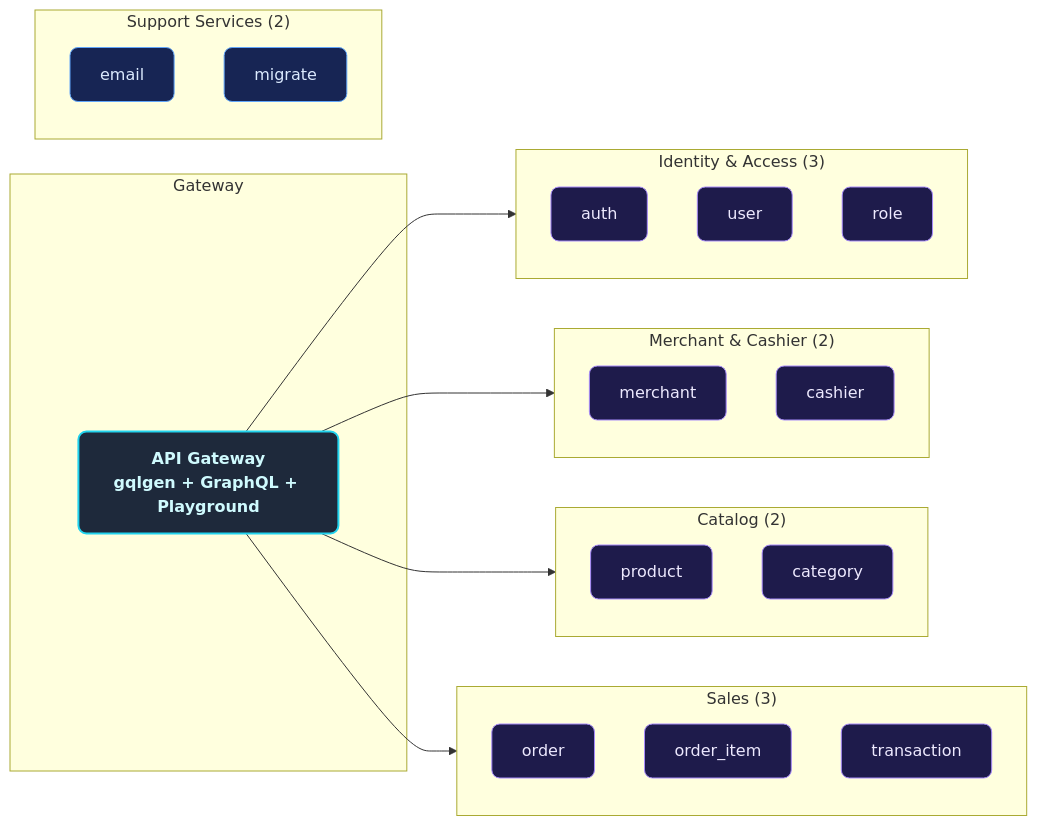
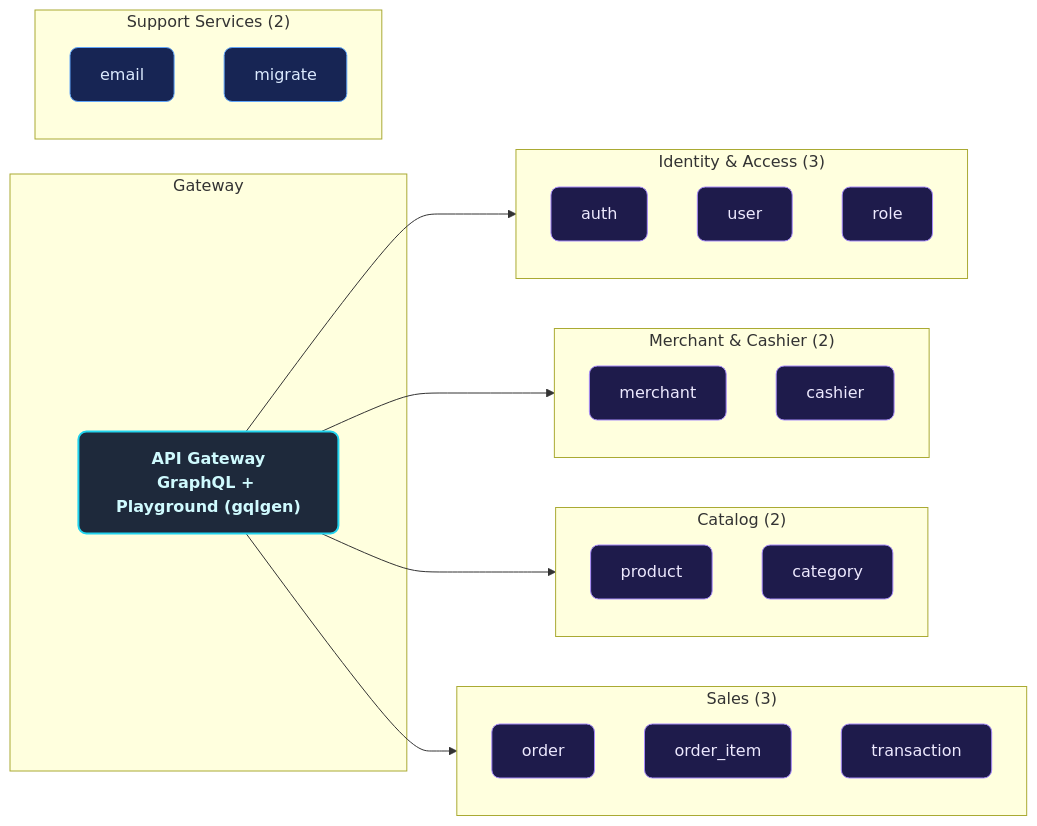
Before and after one commit to MamangRust/monolith-graphql-pointofsale-grpc: the second of 9 diagrams in README.md, drawn with Mermaid. The commit also changed other lines of this file and 1484 other files, not shown here.

````diff
--- a/README.md
+++ b/README.md
@@ -137,42 +136,42 @@
 ```mermaid
 graph LR
     classDef svc fill:#1e1b4b,stroke:#a78bfa,color:#ede9fe,stroke-width:1px,rx:8
     classDef gw fill:#1e293b,stroke:#22d3ee,color:#cffafe,stroke-width:2px,rx:8,font-weight:bold
     classDef support fill:#172554,stroke:#60a5fa,color:#dbeafe,stroke-width:1px,rx:8
 
     subgraph Gateway
-        API["API Gateway<br/>gqlgen + GraphQL + Playground"]:::gw
+        API["API Gateway<br/>GraphQL + Playground (gqlgen)"]:::gw
     end
 
     subgraph Identity["Identity & Access (3)"]
         A1["auth"]:::svc
         A2["user"]:::svc
         A3["role"]:::svc
     end
 
     subgraph Merchant["Merchant & Cashier (2)"]
         M1["merchant"]:::svc
         M2["cashier"]:::svc
     end
 
     subgraph Catalog["Catalog (2)"]
         C1["product"]:::svc
         C2["category"]:::svc
     end
 
     subgraph Sales["Sales (3)"]
         O1["order"]:::svc
         O2["order_item"]:::svc
         O3["transaction"]:::svc
     end
 
     subgraph Support["Support Services (2)"]
         S1["email"]:::support
         S2["migrate"]:::support
     end
 
     API --> Identity
     API --> Merchant
     API --> Catalog
     API --> Sales
 ```
````
